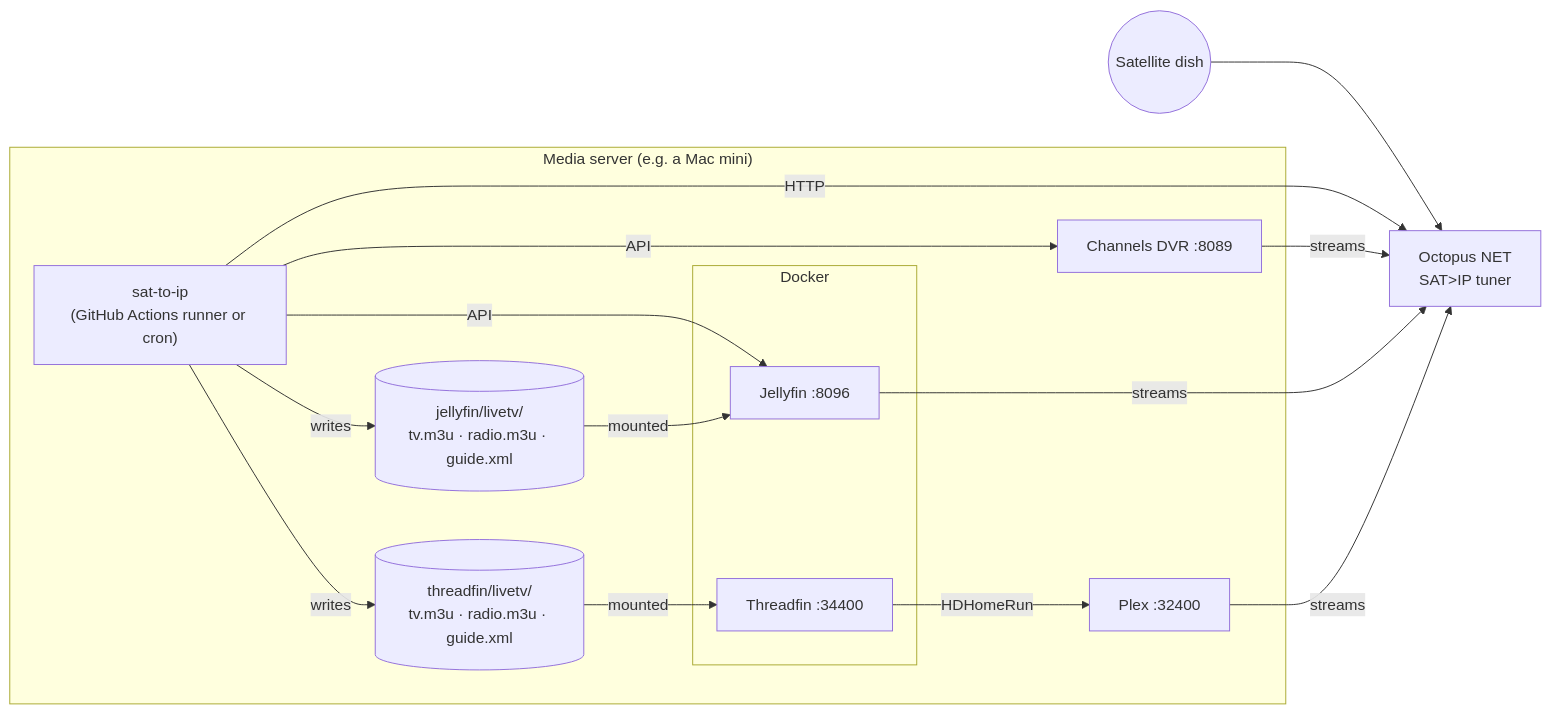
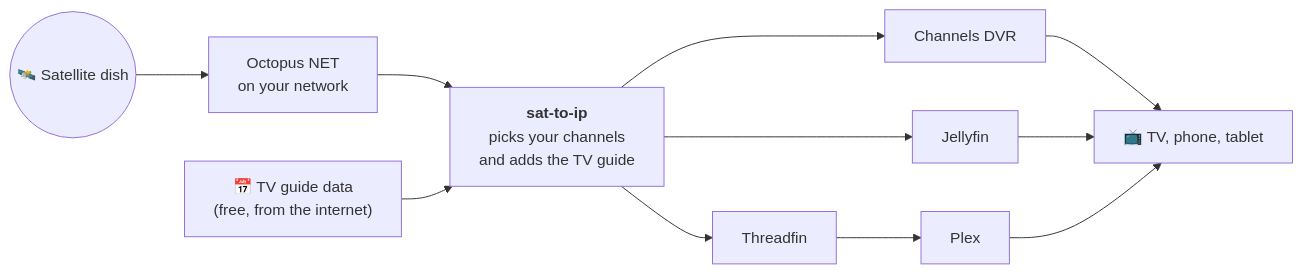
The diagram in README.md (Matt-Hadley/sat_to_ip_helpers), drawn with Mermaid before and after one commit. The commit also changed other lines of this file and 4 other files, not shown here.

````diff
--- a/README.md
+++ b/README.md
@@ -93,23 +7,10 @@
 ```mermaid
 flowchart LR
-    DISH(("Satellite dish")) --> OCT["Octopus NET<br/>SAT>IP tuner"]
-    subgraph HOST["Media server (e.g. a Mac mini)"]
-        RUN["sat-to-ip<br/>(GitHub Actions runner or cron)"]
-        CDVR["Channels DVR :8089"]
-        PLEX["Plex :32400"]
-        subgraph DOCKER["Docker"]
-            JF["Jellyfin :8096"]
-            TF["Threadfin :34400"]
-        end
-        JDIR[("jellyfin/livetv/<br/>tv.m3u · radio.m3u · guide.xml")]
-        TDIR[("threadfin/livetv/<br/>tv.m3u · radio.m3u · guide.xml")]
-    end
-    RUN -- "HTTP" --> OCT
-    RUN -- "API" --> CDVR
-    RUN -- "writes" --> JDIR & TDIR
-    RUN -- "API" --> JF
-    JDIR -- "mounted" --> JF
-    TDIR -- "mounted" --> TF
-    TF -- "HDHomeRun" --> PLEX
-    CDVR & JF & PLEX -- "streams" --> OCT
+    DISH(("🛰️ Satellite dish")) --> OCT["Octopus NET<br/>on your network"]
+    OCT --> TOOL["<b>sat-to-ip</b><br/>picks your channels<br/>and adds the TV guide"]
+    GUIDE["📅 TV guide data<br/>(free, from the internet)"] --> TOOL
+    TOOL --> CDVR["Channels DVR"]
+    TOOL --> JF["Jellyfin"]
+    TOOL --> TF["Threadfin"] --> PLEX["Plex"]
+    CDVR & JF & PLEX --> TV["📺 TV, phone, tablet"]
 ```
````
